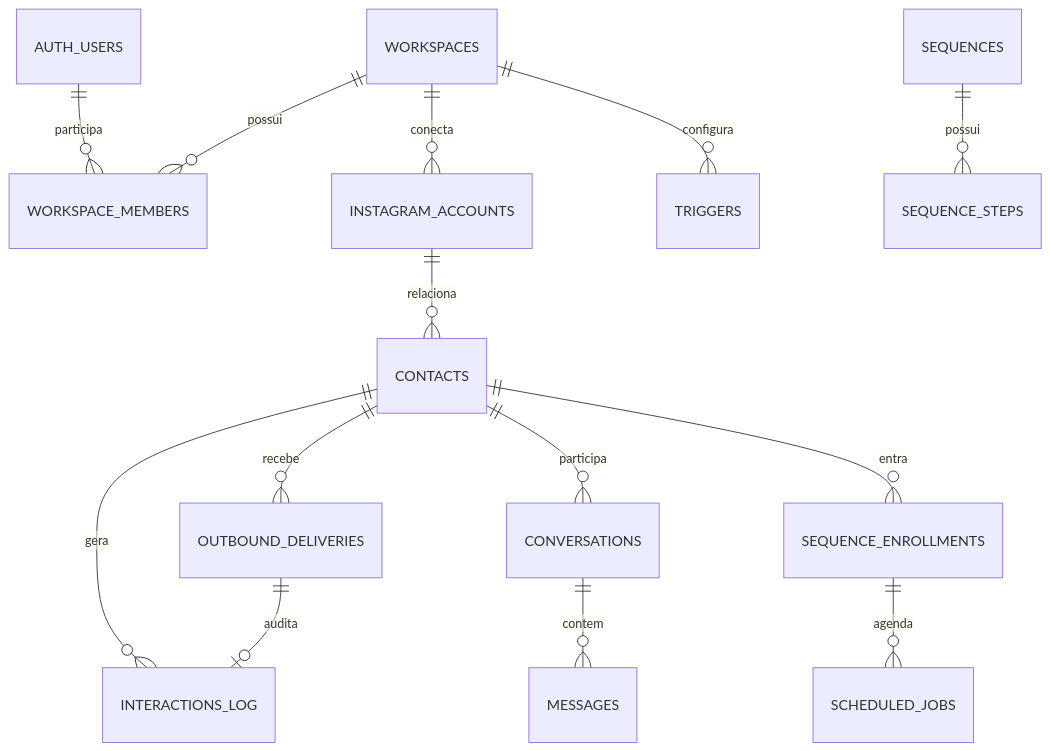
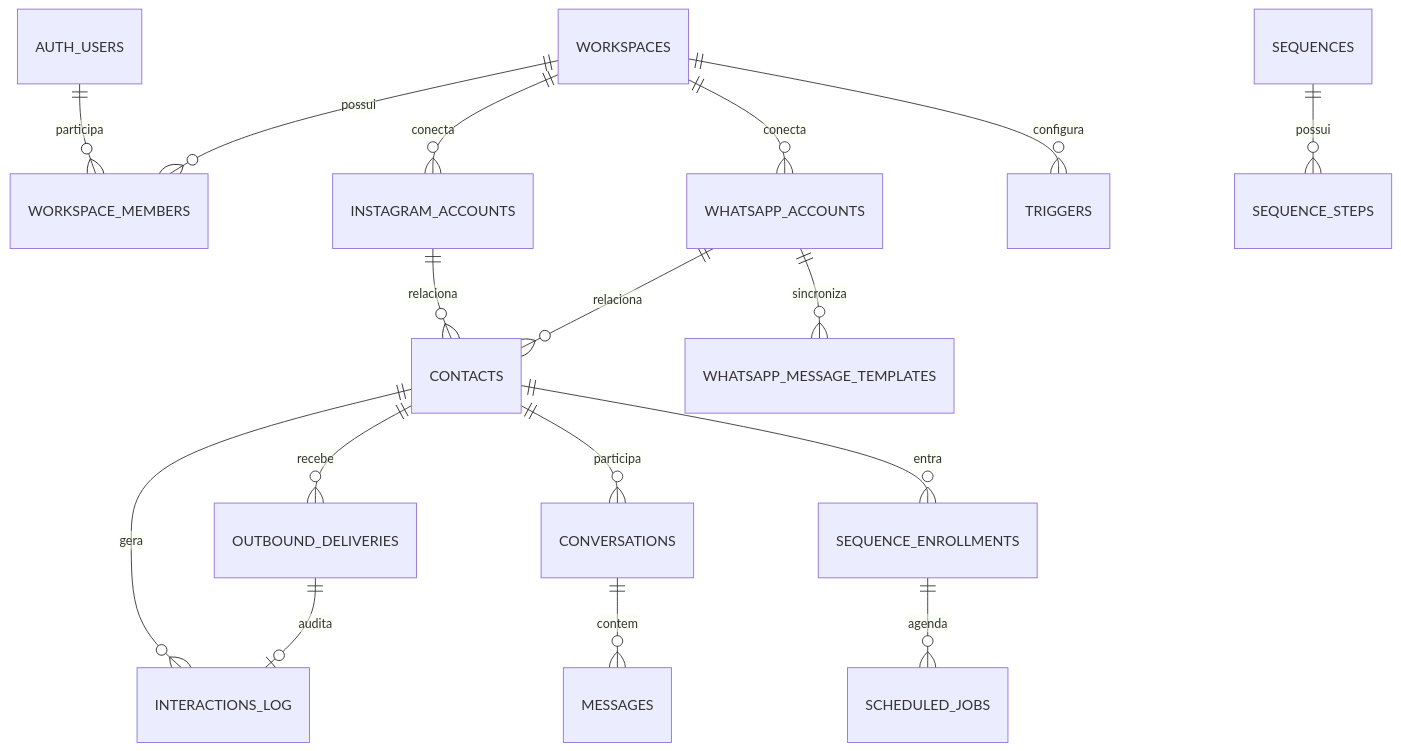
The diagram in docs/BANCO_DE_DADOS.md (ShunWalChin/WalChat), drawn with Mermaid before and after one commit. The commit also changed other lines of this file and 56 other files, not shown here.

````diff
--- a/docs/BANCO_DE_DADOS.md
+++ b/docs/BANCO_DE_DADOS.md
@@ -7,16 +7,19 @@
 ```mermaid
 erDiagram
     AUTH_USERS ||--o{ WORKSPACE_MEMBERS : participa
     WORKSPACES ||--o{ WORKSPACE_MEMBERS : possui
     WORKSPACES ||--o{ INSTAGRAM_ACCOUNTS : conecta
+    WORKSPACES ||--o{ WHATSAPP_ACCOUNTS : conecta
     INSTAGRAM_ACCOUNTS ||--o{ CONTACTS : relaciona
+    WHATSAPP_ACCOUNTS ||--o{ CONTACTS : relaciona
+    WHATSAPP_ACCOUNTS ||--o{ WHATSAPP_MESSAGE_TEMPLATES : sincroniza
     CONTACTS ||--o{ INTERACTIONS_LOG : gera
     CONTACTS ||--o{ OUTBOUND_DELIVERIES : recebe
     OUTBOUND_DELIVERIES ||--o| INTERACTIONS_LOG : audita
     CONTACTS ||--o{ CONVERSATIONS : participa
     CONVERSATIONS ||--o{ MESSAGES : contem
     WORKSPACES ||--o{ TRIGGERS : configura
     SEQUENCES ||--o{ SEQUENCE_STEPS : possui
     CONTACTS ||--o{ SEQUENCE_ENROLLMENTS : entra
     SEQUENCE_ENROLLMENTS ||--o{ SCHEDULED_JOBS : agenda
 ```
````
